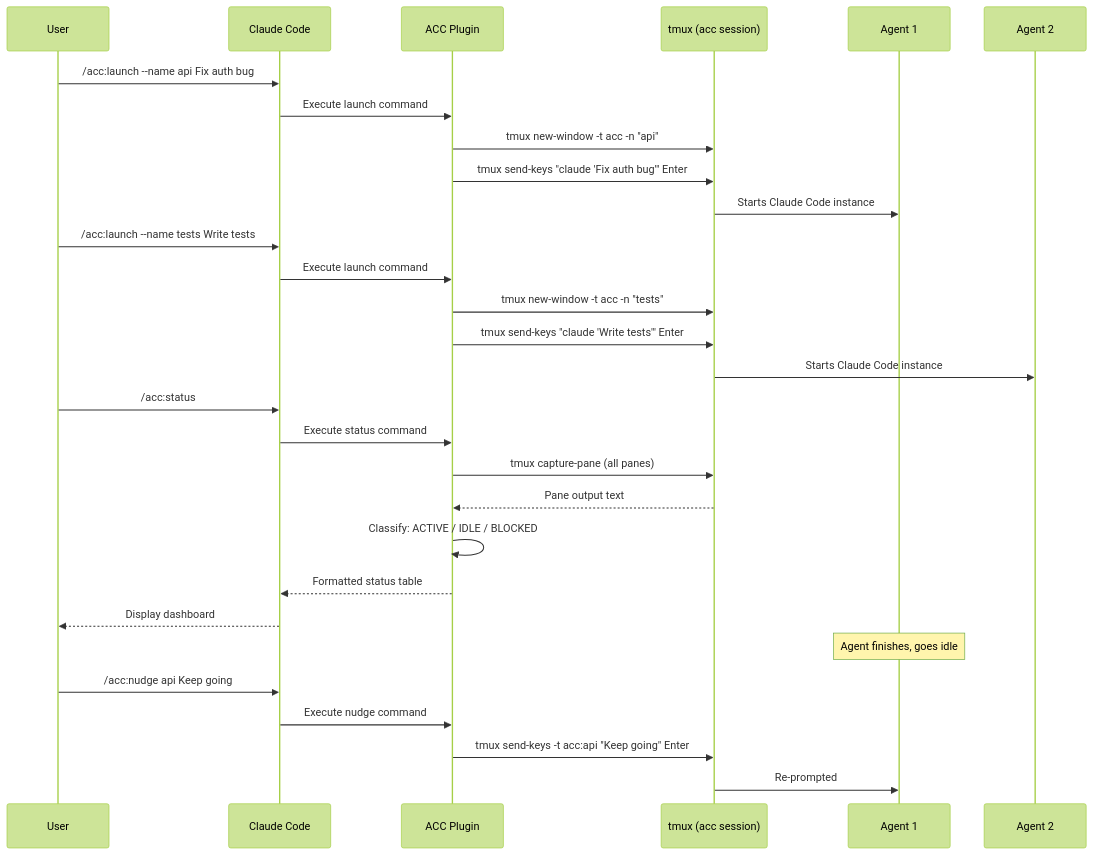
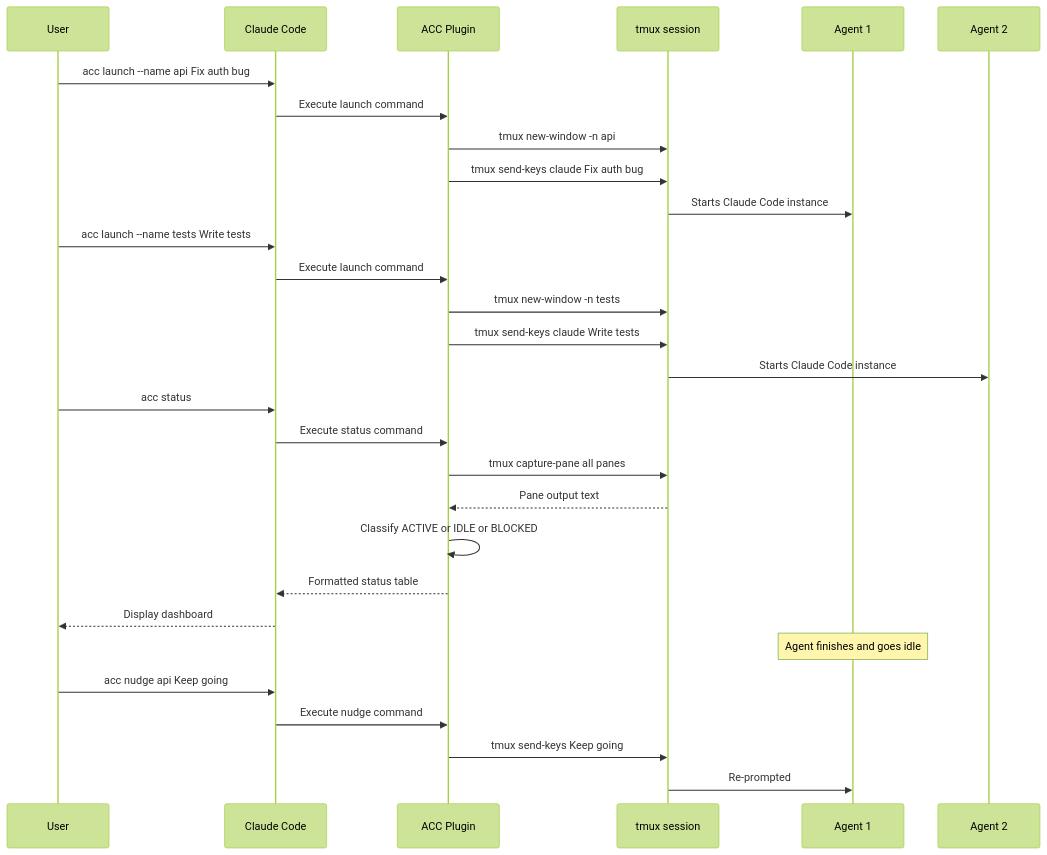
The third of 8 diagrams in README.md (EvolvingAgentsLabs/agent-command-center), drawn with Mermaid (forest theme) before and after one commit. The commit also changed other lines of this file, not shown here.

First line of the commit message:
Fix Mermaid diagrams for GitHub rendering compatibility

````diff
--- a/README.md
+++ b/README.md
@@ -93,35 +88,35 @@
 ```mermaid
 sequenceDiagram
     participant U as User
     participant CC as Claude Code
     participant ACC as ACC Plugin
-    participant TM as tmux (acc session)
+    participant TM as tmux session
     participant A1 as Agent 1
     participant A2 as Agent 2
 
-    U->>CC: /acc:launch --name api Fix auth bug
+    U->>CC: acc launch --name api Fix auth bug
     CC->>ACC: Execute launch command
-    ACC->>TM: tmux new-window -t acc -n "api"
-    ACC->>TM: tmux send-keys "claude 'Fix auth bug'" Enter
+    ACC->>TM: tmux new-window -n api
+    ACC->>TM: tmux send-keys claude Fix auth bug
     TM->>A1: Starts Claude Code instance
 
-    U->>CC: /acc:launch --name tests Write tests
+    U->>CC: acc launch --name tests Write tests
     CC->>ACC: Execute launch command
-    ACC->>TM: tmux new-window -t acc -n "tests"
-    ACC->>TM: tmux send-keys "claude 'Write tests'" Enter
+    ACC->>TM: tmux new-window -n tests
+    ACC->>TM: tmux send-keys claude Write tests
     TM->>A2: Starts Claude Code instance
 
-    U->>CC: /acc:status
+    U->>CC: acc status
     CC->>ACC: Execute status command
-    ACC->>TM: tmux capture-pane (all panes)
+    ACC->>TM: tmux capture-pane all panes
     TM-->>ACC: Pane output text
-    ACC->>ACC: Classify: ACTIVE / IDLE / BLOCKED
+    ACC->>ACC: Classify ACTIVE or IDLE or BLOCKED
     ACC-->>CC: Formatted status table
     CC-->>U: Display dashboard
 
-    Note over A1: Agent finishes, goes idle
-    U->>CC: /acc:nudge api Keep going
+    Note over A1: Agent finishes and goes idle
+    U->>CC: acc nudge api Keep going
     CC->>ACC: Execute nudge command
-    ACC->>TM: tmux send-keys -t acc:api "Keep going" Enter
+    ACC->>TM: tmux send-keys Keep going
     TM->>A1: Re-prompted
 ```
````
